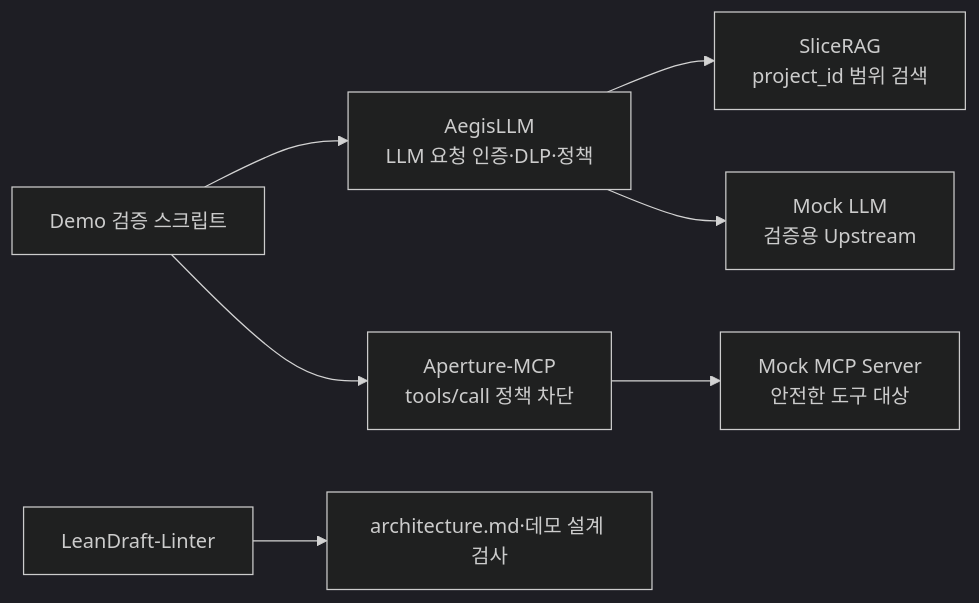
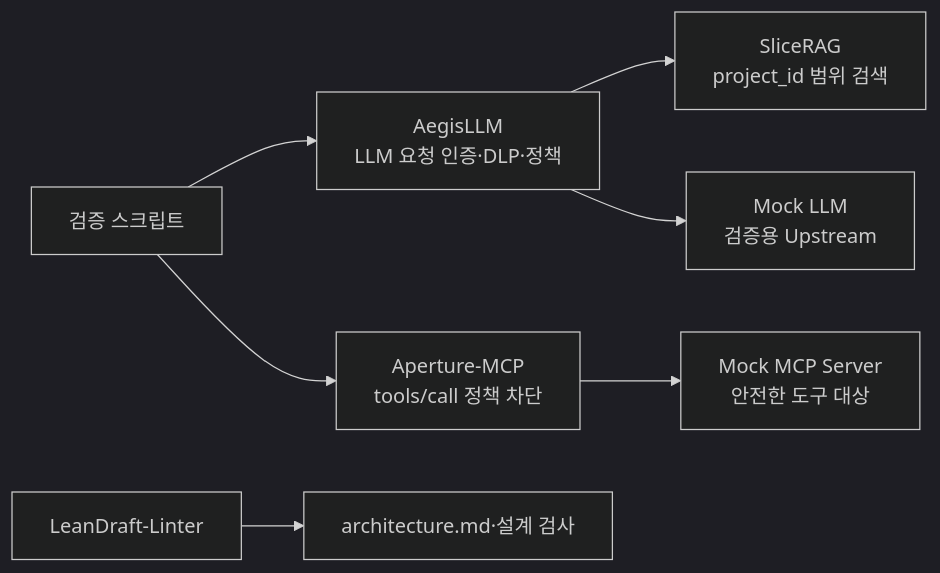
Before and after one commit to devcy0922/agentsecops-playground: the second of 5 diagrams in architecture.md, drawn with Mermaid (dark theme). The commit also changed other lines of this file, not shown here.

First line of the commit message:
docs: architecture.md C4 Container + Sequence Diagram 3종 추가

````diff
--- a/architecture.md
+++ b/architecture.md
@@ -11,9 +46,9 @@
 ```mermaid
 flowchart LR
-    C["Demo 검증 스크립트"] --> G["AegisLLM\nLLM 요청 인증·DLP·정책"]
+    C["검증 스크립트"] --> G["AegisLLM\nLLM 요청 인증·DLP·정책"]
     G --> R["SliceRAG\nproject_id 범위 검색"]
     G --> U["Mock LLM\n검증용 Upstream"]
     C --> M["Aperture-MCP\ntools/call 정책 차단"]
     M --> T["Mock MCP Server\n안전한 도구 대상"]
-    L["LeanDraft-Linter"] --> D["architecture.md·데모 설계 검사"]
+    L["LeanDraft-Linter"] --> D["architecture.md·설계 검사"]
 ```
````
